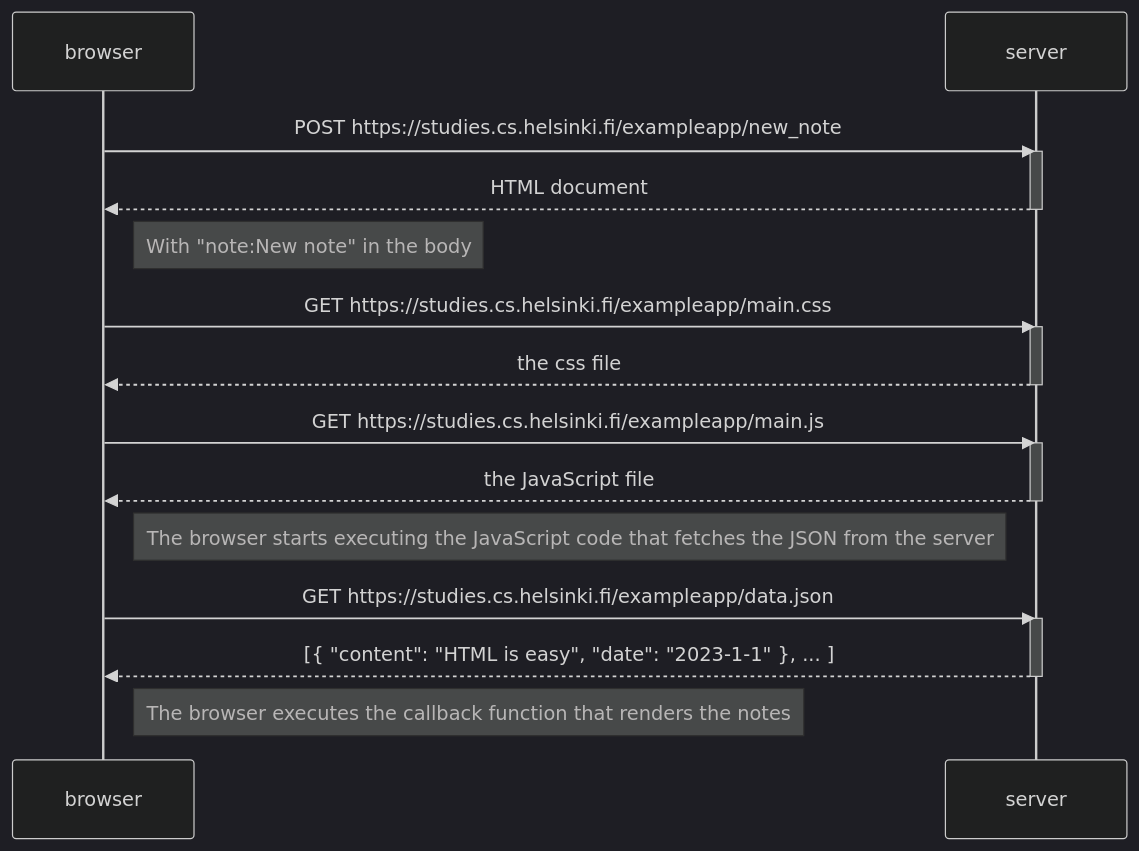
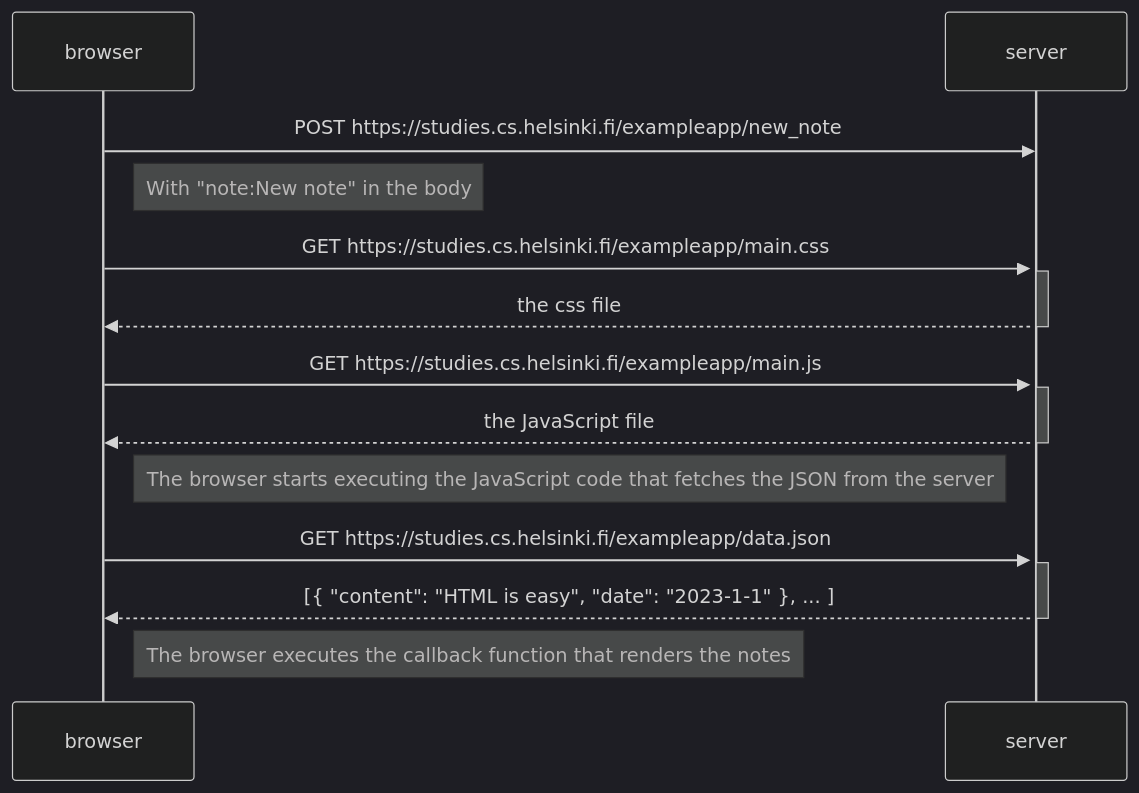
The diagram in 0.4 diagram.md (MatthieuGagne/fullstackopen), drawn with Mermaid (dark theme) before and after one commit.

Commit message:
Update 0.4 diagram.md

````diff
--- a/0.4 diagram.md
+++ b/0.4 diagram.md
@@ -1,30 +1,28 @@
 ```mermaid
 sequenceDiagram
     participant browser
     participant server
 
     browser->>server: POST https://studies.cs.helsinki.fi/exampleapp/new_note
+    Note right of browser: With "note:New note" in the body
     activate server
-    server-->>browser: HTML document
-    deactivate server
-    Note right of browser: With "note:New note" in the body
 
     browser->>server: GET https://studies.cs.helsinki.fi/exampleapp/main.css
     activate server
     server-->>browser: the css file
     deactivate server
 
     browser->>server: GET https://studies.cs.helsinki.fi/exampleapp/main.js
     activate server
     server-->>browser: the JavaScript file
     deactivate server
 
     Note right of browser: The browser starts executing the JavaScript code that fetches the JSON from the server
 
     browser->>server: GET https://studies.cs.helsinki.fi/exampleapp/data.json
     activate server
     server-->>browser: [{ "content": "HTML is easy", "date": "2023-1-1" }, ... ]
     deactivate server
 
     Note right of browser: The browser executes the callback function that renders the notes
 ```
````
